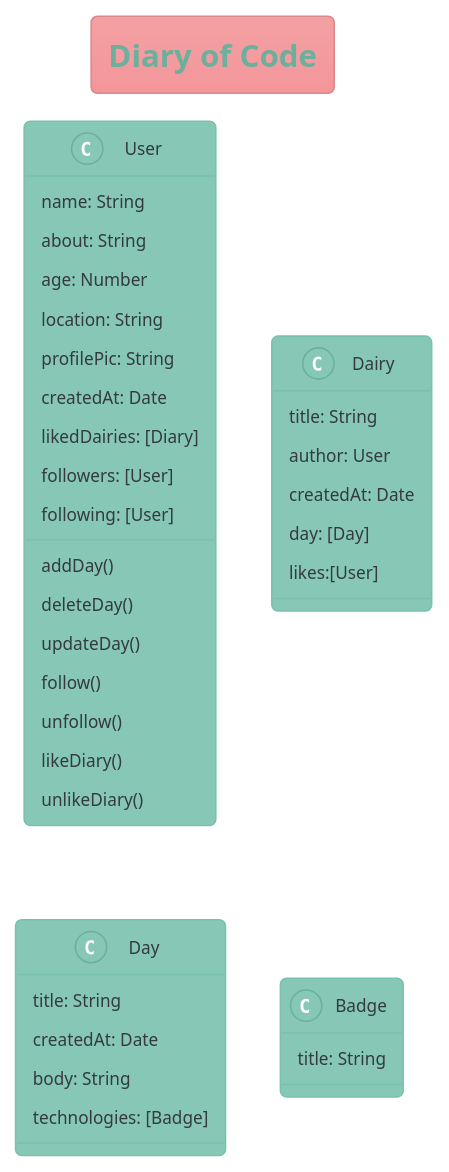
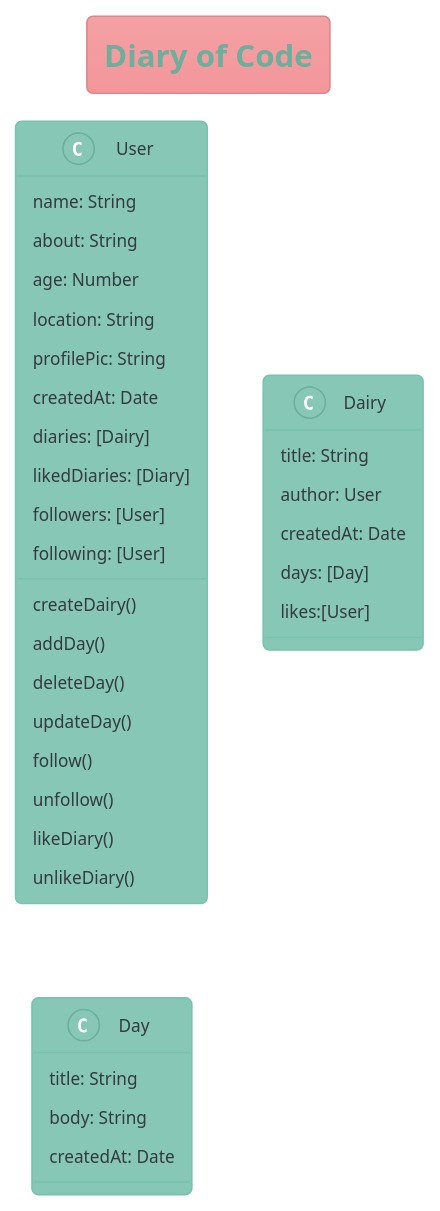
Before and after one commit to mervekrblt/diary-of-code: the diagram in class-diagram.puml, drawn with PlantUML. The commit also changed 3 other files, not shown here.

Commit message:
Update class diagram. Create user, diary and day classes

```diff
--- a/class-diagram.puml
+++ b/class-diagram.puml
@@ -1,43 +1,41 @@
 @startuml ClassDiagram
 Title: Diary of Code
 !theme minty
 
 class User {
   name: String
   about: String
   age: Number
   location: String
   profilePic: String
   createdAt: Date
-  likedDairies: [Diary]
+  diaries: [Dairy]
+  likedDiaries: [Diary]
   followers: [User]
   following: [User]
 
+  createDairy()
   addDay()
   deleteDay()
   updateDay()
   follow()
   unfollow()
   likeDiary()
   unlikeDiary()
 }
 
 class Dairy {
   title: String
   author: User
   createdAt: Date
-  day: [Day]
+  days: [Day]
   likes:[User]
 }
 
 class Day {
   title: String
+  body: String
   createdAt: Date
-  body: String
-  technologies: [Badge]
 }
 
-class Badge {
-  title: String
-}
 @enduml
```
